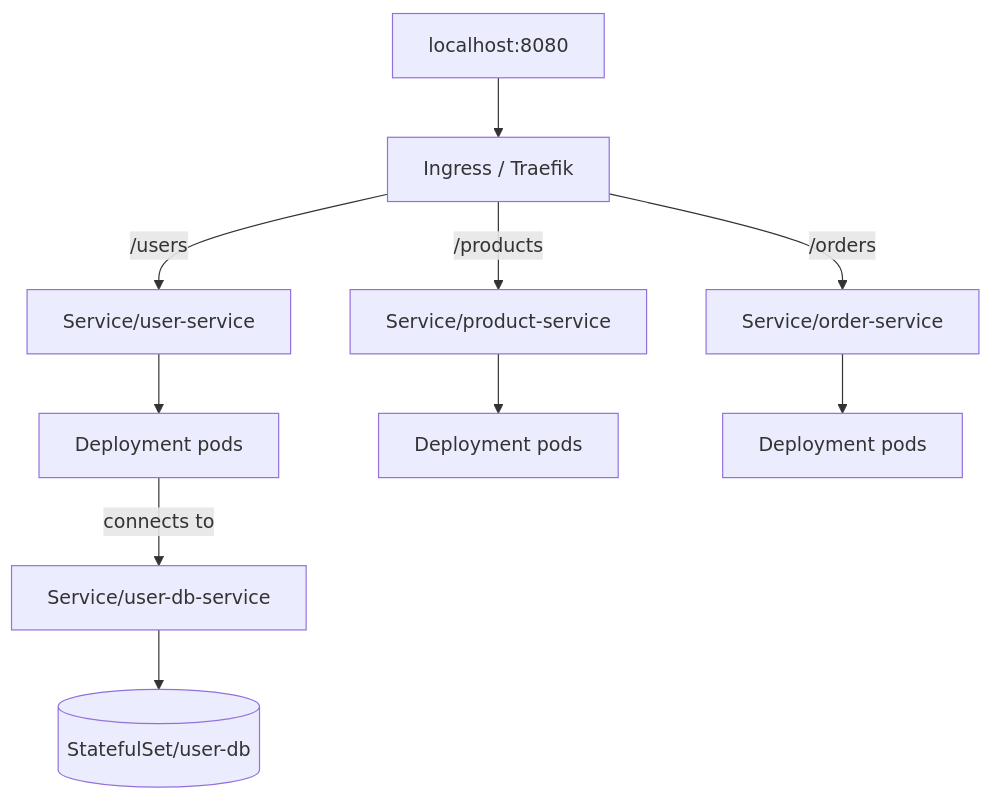
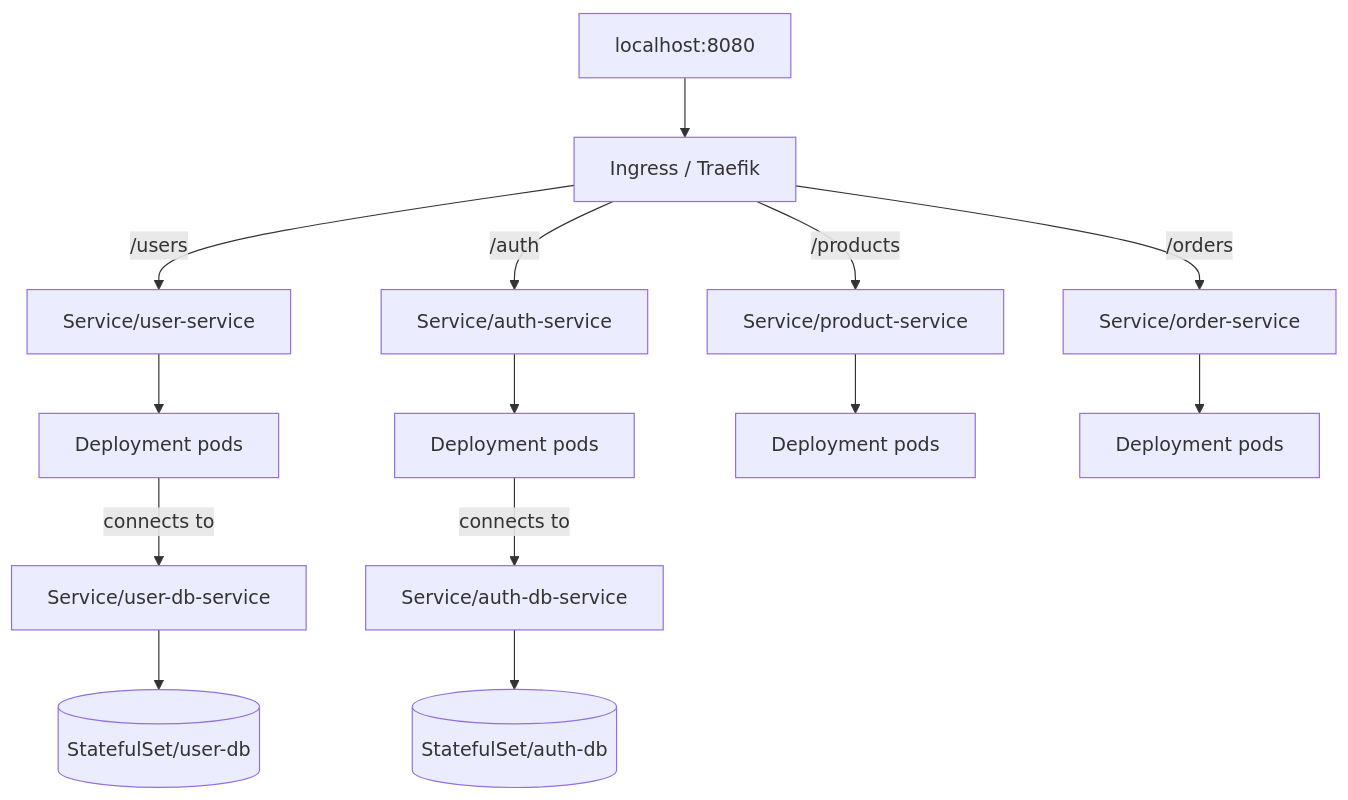
One commit to soramon0/microplayground changed the diagram in docs/kubernetes.md. Above: the diagram before and after it, drawn with Mermaid. The commit also changed other lines of this file and 9 other files, not shown here.

Commit message:
feat: add auth service and database support, including NATS messaging

````diff
--- a/docs/kubernetes.md
+++ b/docs/kubernetes.md
@@ -53,12 +58,16 @@
 ```mermaid
 flowchart TD
   host[localhost:8080] --> ingress[Ingress / Traefik]
   ingress -->|/users| userSvc[Service/user-service]
+  ingress -->|/auth| authSvc[Service/auth-service]
   ingress -->|/products| productSvc[Service/product-service]
   ingress -->|/orders| orderSvc[Service/order-service]
   userSvc --> userPods[Deployment pods]
+  authSvc --> authPods[Deployment pods]
   productSvc --> productPods[Deployment pods]
   orderSvc --> orderPods[Deployment pods]
-  userPods -->|connects to| dbSvc[Service/user-db-service]
-  dbSvc --> db[(StatefulSet/user-db)]
+  userPods -->|connects to| userDbSvc[Service/user-db-service]
+  authPods -->|connects to| authDbSvc[Service/auth-db-service]
+  userDbSvc --> userDb[(StatefulSet/user-db)]
+  authDbSvc --> authDb[(StatefulSet/auth-db)]
 ```
````
